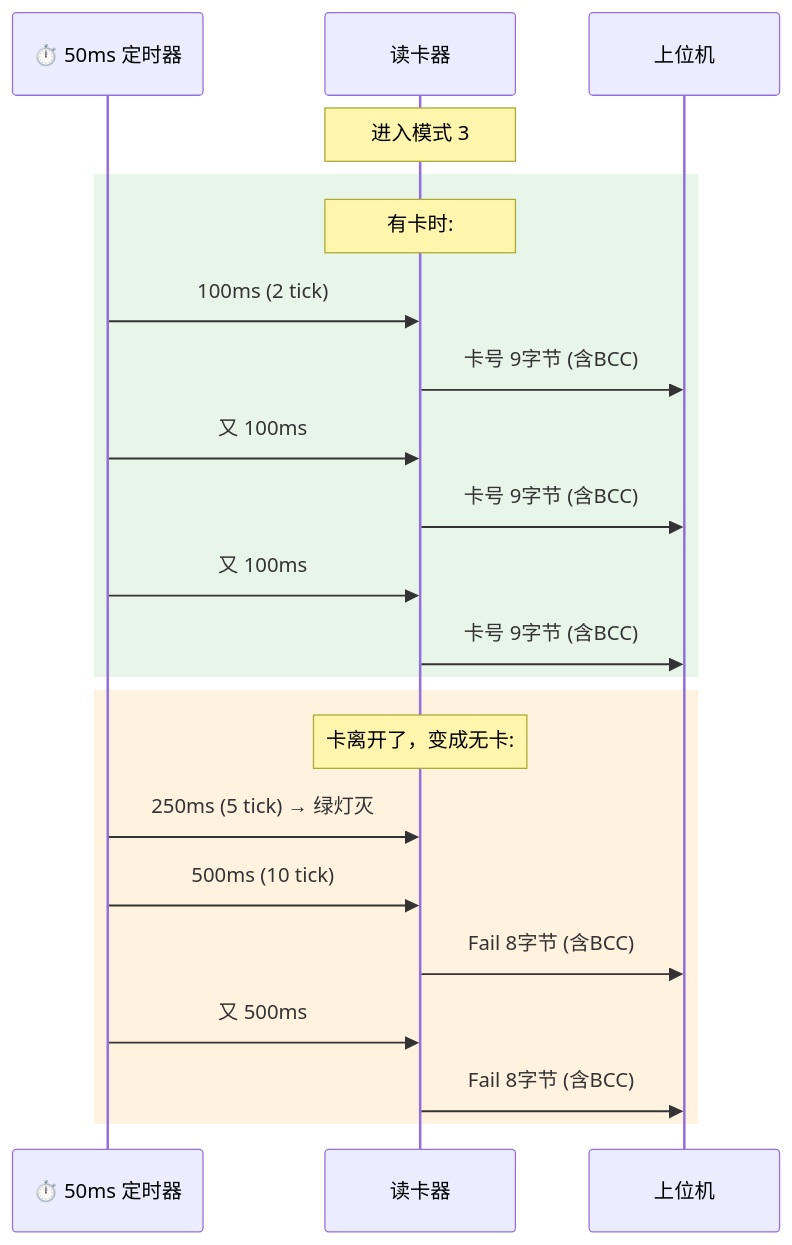
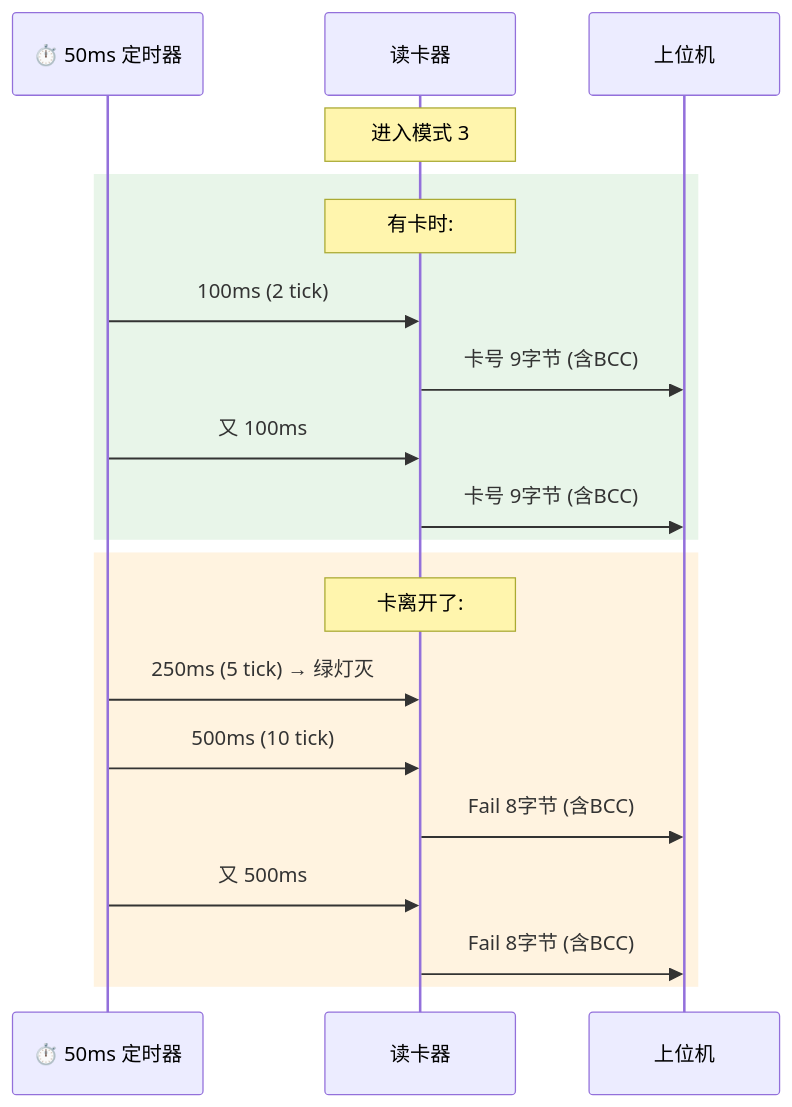
Before and after one commit to Siaiai/ObsidianNote: the ninth of 16 diagrams in 工作/SR3读卡器/260802SR3读卡器需求.md, drawn with Mermaid. The commit also changed other lines of this file and 3 other files, not shown here.

````diff
--- a/工作/SR3读卡器/260802SR3读卡器需求.md
+++ b/工作/SR3读卡器/260802SR3读卡器需求.md
@@ -289,27 +333,25 @@
 ```mermaid
 sequenceDiagram
     participant 定时器 as ⏱️ 50ms 定时器
     participant 读卡器
     participant 上位机
 
     Note over 读卡器: 进入模式 3
 
     rect rgb(232, 245, 233)
         Note over 读卡器: 有卡时:
         定时器->>读卡器: 100ms (2 tick)
         读卡器->>上位机: 卡号 9字节 (含BCC)
         定时器->>读卡器: 又 100ms
         读卡器->>上位机: 卡号 9字节 (含BCC)
-        定时器->>读卡器: 又 100ms
-        读卡器->>上位机: 卡号 9字节 (含BCC)
     end
 
     rect rgb(255, 243, 224)
-        Note over 读卡器: 卡离开了，变成无卡:
+        Note over 读卡器: 卡离开了:
         定时器->>读卡器: 250ms (5 tick) → 绿灯灭
         定时器->>读卡器: 500ms (10 tick)
         读卡器->>上位机: Fail 8字节 (含BCC)
         定时器->>读卡器: 又 500ms
         读卡器->>上位机: Fail 8字节 (含BCC)
     end
 ```
````
